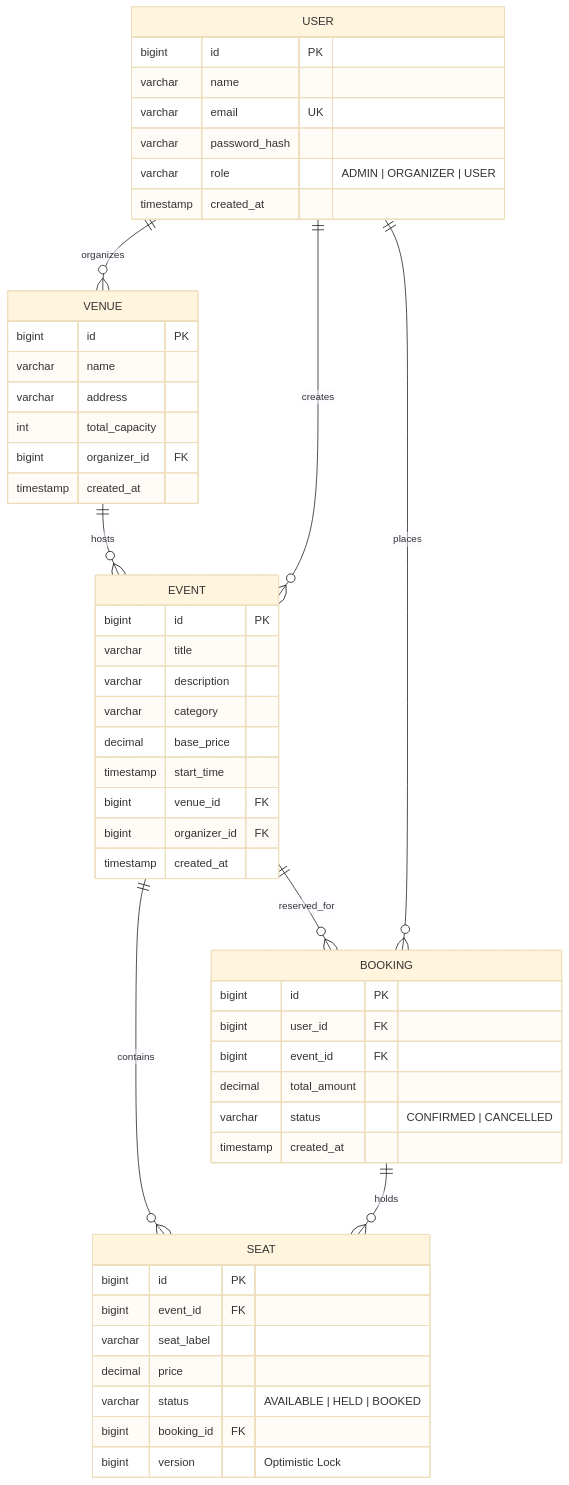
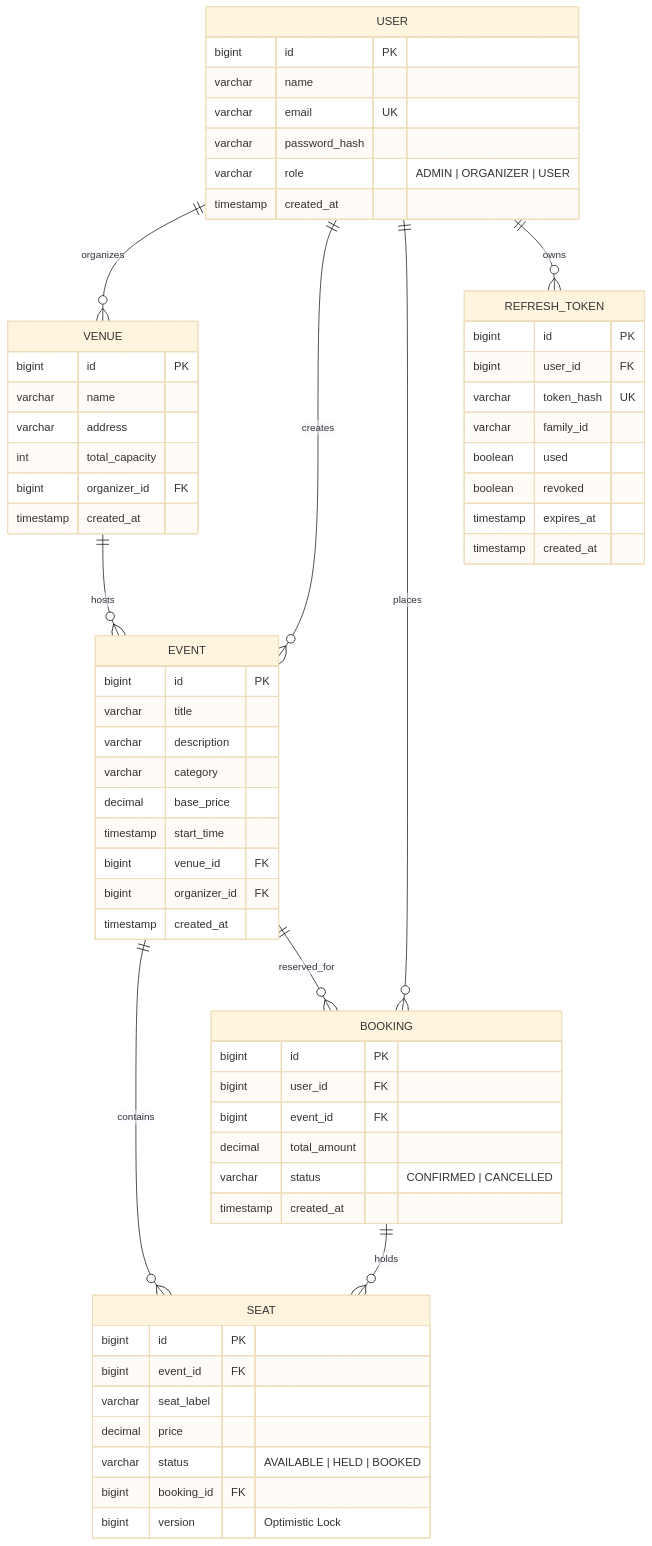
Before and after one commit to asyncsourav/quicktix: the diagram in server/README.md, drawn with Mermaid (base theme). The commit also changed other lines of this file and 1 other file, not shown here.

Commit message:
update README with dual token rotation and reuse detection details

````diff
--- a/server/README.md
+++ b/server/README.md
@@ -40,59 +40,71 @@
 ```mermaid
 erDiagram
     USER ||--o{ VENUE : organizes
     USER ||--o{ EVENT : creates
     USER ||--o{ BOOKING : places
+    USER ||--o{ REFRESH_TOKEN : owns
     VENUE ||--o{ EVENT : hosts
     EVENT ||--o{ SEAT : contains
     EVENT ||--o{ BOOKING : reserved_for
     BOOKING ||--o{ SEAT : holds
 
     USER {
         bigint id PK
         varchar name
         varchar email UK
         varchar password_hash
         varchar role "ADMIN | ORGANIZER | USER"
+        timestamp created_at
+    }
+
+    REFRESH_TOKEN {
+        bigint id PK
+        bigint user_id FK
+        varchar token_hash UK
+        varchar family_id
+        boolean used
+        boolean revoked
+        timestamp expires_at
         timestamp created_at
     }
 
     VENUE {
         bigint id PK
         varchar name
         varchar address
         int total_capacity
         bigint organizer_id FK
         timestamp created_at
     }
 
     EVENT {
         bigint id PK
         varchar title
         varchar description
         varchar category
         decimal base_price
         timestamp start_time
         bigint venue_id FK
         bigint organizer_id FK
         timestamp created_at
     }
 
     SEAT {
         bigint id PK
         bigint event_id FK
         varchar seat_label
         decimal price
         varchar status "AVAILABLE | HELD | BOOKED"
         bigint booking_id FK
         bigint version "Optimistic Lock"
     }
 
     BOOKING {
         bigint id PK
         bigint user_id FK
         bigint event_id FK
         decimal total_amount
         varchar status "CONFIRMED | CANCELLED"
         timestamp created_at
     }
 ```
````
